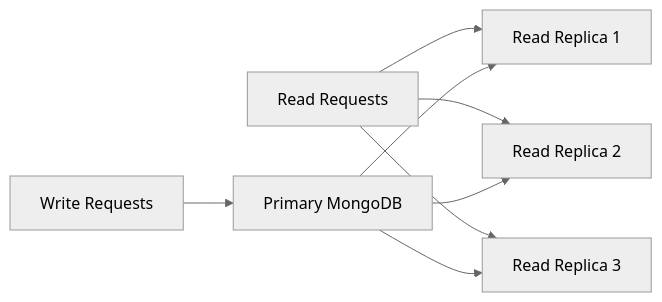
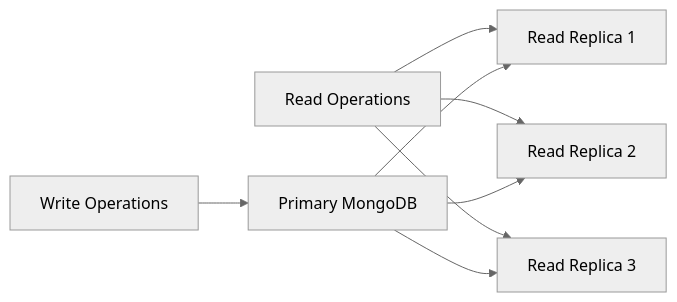
One commit to manthanank/url-shortener-app changed the sixth of 10 diagrams in SYSTEM_DESIGN.md. Above: the diagram before and after it, drawn with Mermaid (neutral theme). The commit also changed other lines of this file and 38 other files, not shown here.

````diff
--- a/SYSTEM_DESIGN.md
+++ b/SYSTEM_DESIGN.md
@@ -636,10 +1247,10 @@
 ```mermaid
 graph LR
-    A[Write Requests] --> B[Primary MongoDB]
-    C[Read Requests] --> D[Read Replica 1]
-    C --> E[Read Replica 2]
-    C --> F[Read Replica 3]
-    B --> D
-    B --> E
-    B --> F
+  A[Write Operations] --> B[Primary MongoDB]
+  C[Read Operations] --> D[Read Replica 1]
+  C --> E[Read Replica 2]
+  C --> F[Read Replica 3]
+  B --> D
+  B --> E
+  B --> F
 ```
````
